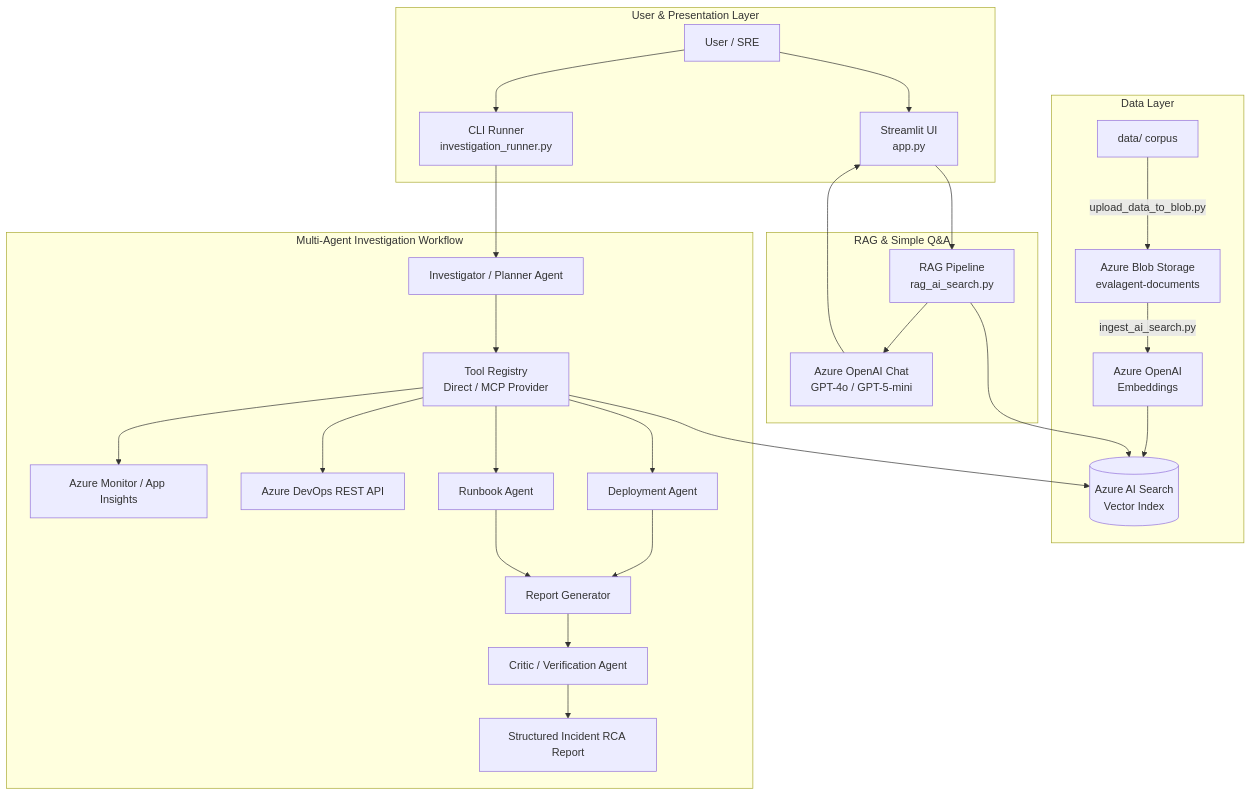
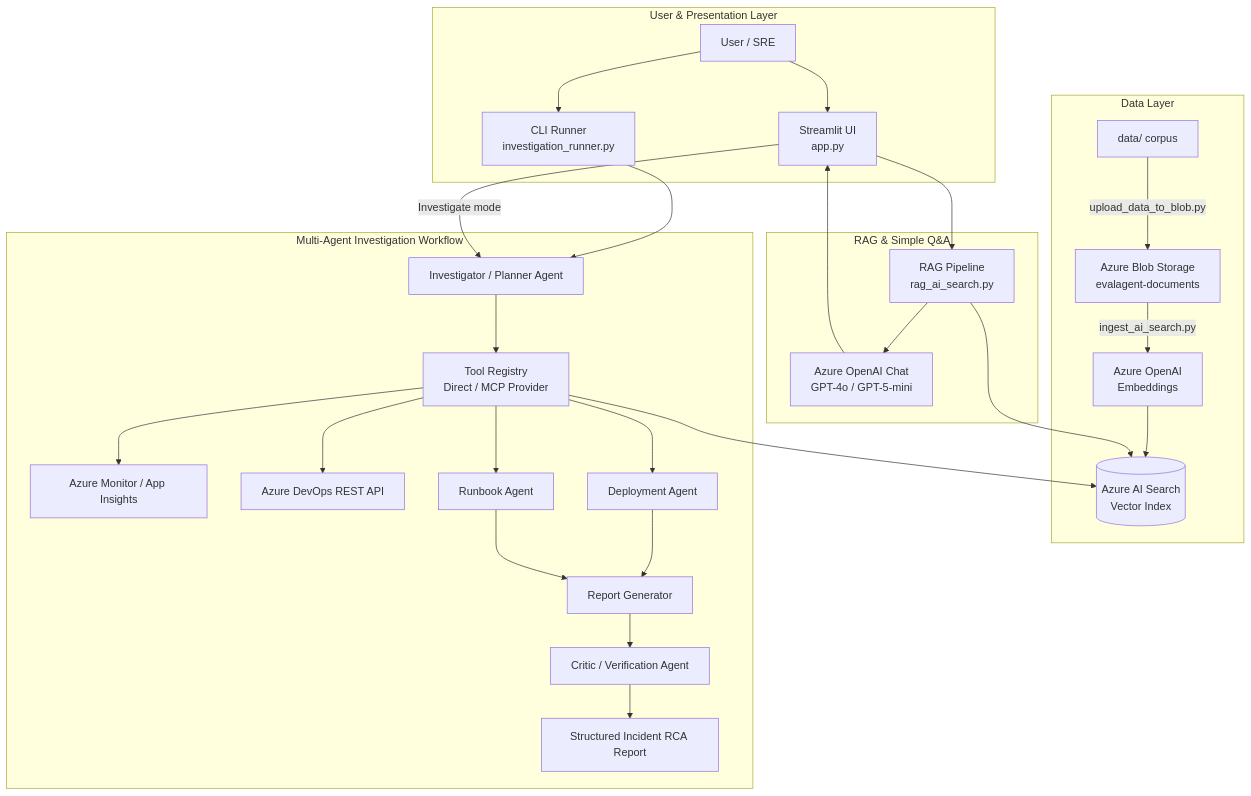
One commit to Tezfai/evalagent changed the diagram in README.md. Above: the diagram before and after it, drawn with Mermaid. The commit also changed other lines of this file and 17 other files, not shown here.

````diff
--- a/README.md
+++ b/README.md
@@ -33,38 +33,39 @@
 ```mermaid
 flowchart TD
     subgraph Data Layer
         LocalCorpus[data/ corpus] -->|upload_data_to_blob.py| BlobStorage[Azure Blob Storage\nevalagent-documents]
         BlobStorage -->|ingest_ai_search.py| Embeddings[Azure OpenAI\nEmbeddings]
         Embeddings --> AISearch[(Azure AI Search\nVector Index)]
     end
 
     subgraph User & Presentation Layer
         User[User / SRE] --> StreamlitUI[Streamlit UI\napp.py]
         User --> CLI[CLI Runner\ninvestigation_runner.py]
     end
 
     subgraph RAG & Simple Q&A
         StreamlitUI --> RAG[RAG Pipeline\nrag_ai_search.py]
         RAG --> AISearch
         RAG --> LLMChat[Azure OpenAI Chat\nGPT-4o / GPT-5-mini]
         LLMChat --> StreamlitUI
     end
 
     subgraph Multi-Agent Investigation Workflow
         CLI --> Planner[Investigator / Planner Agent]
+        StreamlitUI -->|Investigate mode| Planner
         Planner --> ToolRegistry[Tool Registry\nDirect / MCP Provider]
         
         ToolRegistry --> AISearch
         ToolRegistry --> AppInsights[Azure Monitor / App Insights]
         ToolRegistry --> AzDO[Azure DevOps REST API]
         
         ToolRegistry --> DepAgent[Deployment Agent]
         ToolRegistry --> RunbookAgent[Runbook Agent]
         
         DepAgent --> ReportGen[Report Generator]
         RunbookAgent --> ReportGen
         
         ReportGen --> CriticAgent[Critic / Verification Agent]
         CriticAgent --> FinalReport[Structured Incident RCA Report]
     end
 ```
````
